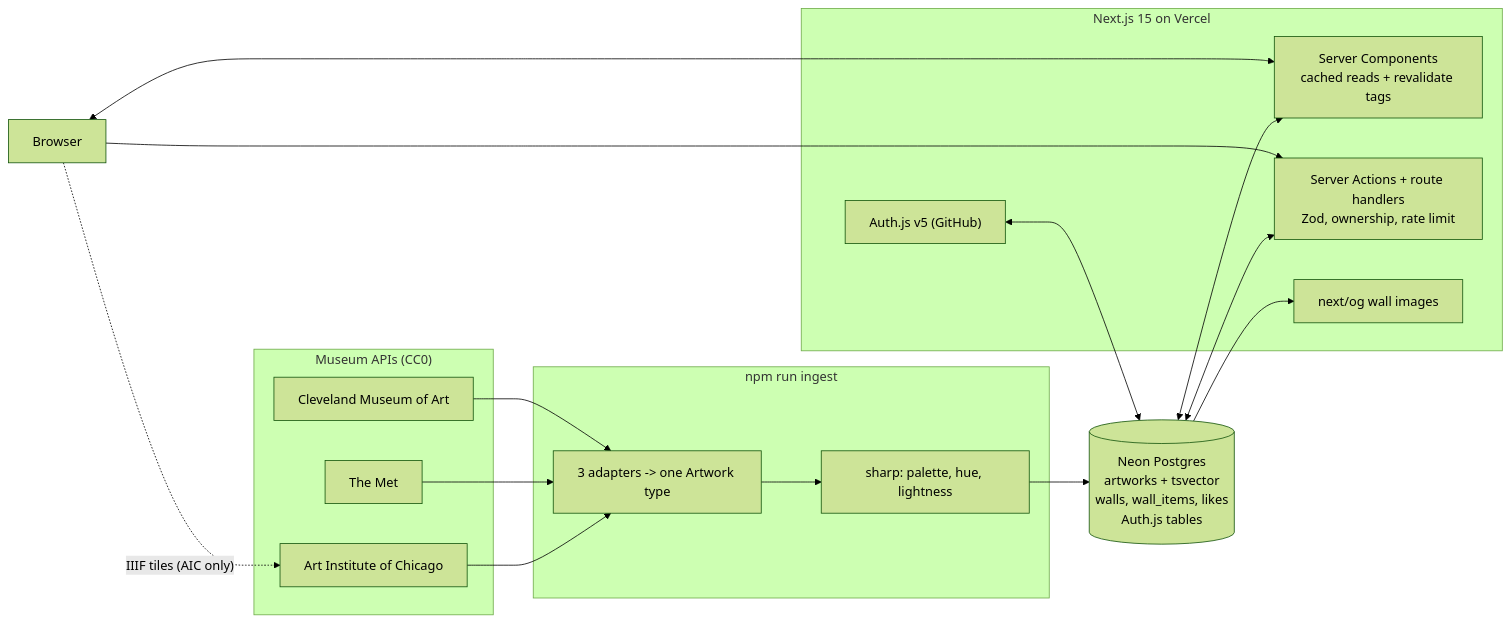
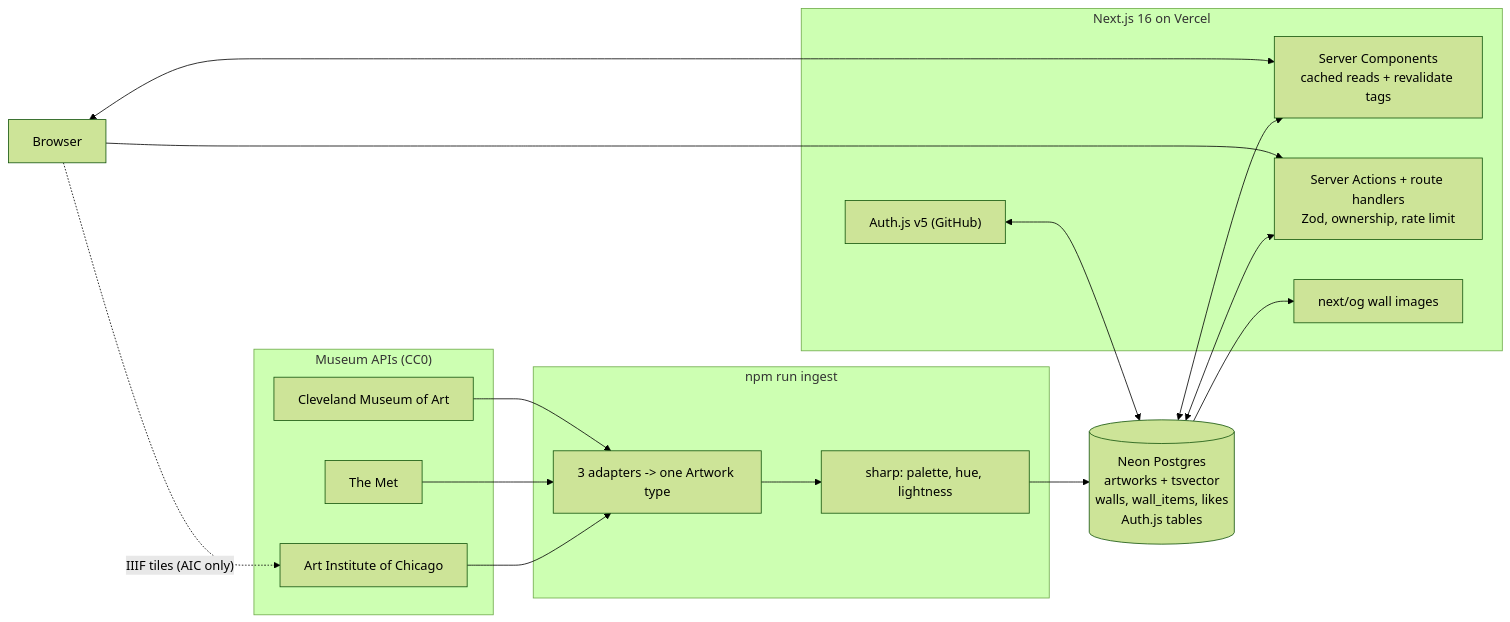
The diagram in README.md (bhavishyabondalapati/hang), drawn with Mermaid (forest theme) before and after one commit. The commit also changed other lines of this file, not shown here.

Commit message:
README: Next 16 and the upgrade step

````diff
--- a/README.md
+++ b/README.md
@@ -28,33 +28,33 @@
 ```mermaid
 flowchart LR
   subgraph Museums["Museum APIs (CC0)"]
     AIC["Art Institute of Chicago"]
     MET["The Met"]
     CMA["Cleveland Museum of Art"]
   end
 
   subgraph Ingest["npm run ingest"]
     AD["3 adapters -> one Artwork type"]
     SH["sharp: palette, hue, lightness"]
     AD --> SH
   end
   AIC & MET & CMA --> AD
 
   SH --> PG[("Neon Postgres<br/>artworks + tsvector<br/>walls, wall_items, likes<br/>Auth.js tables")]
 
-  subgraph Next["Next.js 15 on Vercel"]
+  subgraph Next["Next.js 16 on Vercel"]
     RSC["Server Components<br/>cached reads + revalidate tags"]
     SA["Server Actions + route handlers<br/>Zod, ownership, rate limit"]
     AUTH["Auth.js v5 (GitHub)"]
     OG["next/og wall images"]
   end
 
   PG <--> RSC
   PG <--> SA
   AUTH <--> PG
   PG --> OG
 
   Browser["Browser"] <--> RSC
   Browser --> SA
   Browser -. "IIIF tiles (AIC only)" .-> AIC
 ```
````
